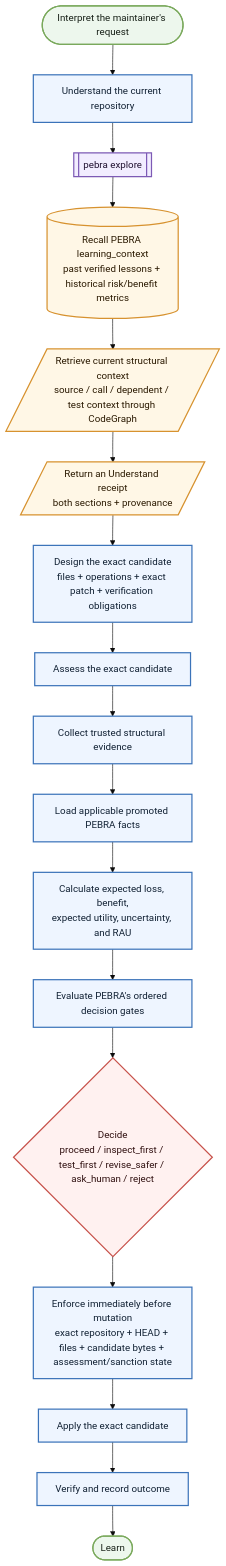
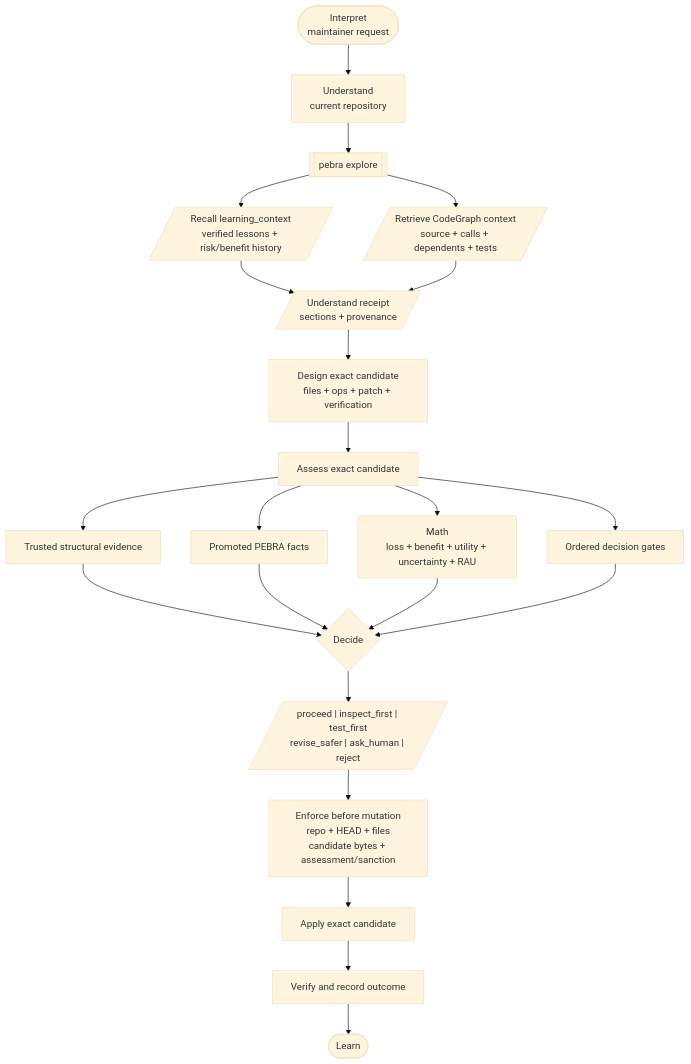
Before and after one commit to Rajioba1/pebra: the diagram in README.md, drawn with Mermaid (base theme). The commit also changed other lines of this file, not shown here.

Commit message:
docs: simplify product model flowchart

````diff
--- a/README.md
+++ b/README.md
@@ -96,36 +96,31 @@
 ```mermaid
 flowchart TB
-    A([Interpret the maintainer's request])
-    B[Understand the current repository]
-    X0[[pebra explore]]
-    X1[(Recall PEBRA learning_context<br/>past verified lessons + historical risk/benefit metrics)]
-    X2[/Retrieve current structural context<br/>source / call / dependent / test context through CodeGraph/]
-    X3[/Return an Understand receipt<br/>both sections + provenance/]
-    C[Design the exact candidate<br/>files + operations + exact patch + verification obligations]
-    D[Assess the exact candidate]
-    S1[Collect trusted structural evidence]
-    S2[Load applicable promoted PEBRA facts]
-    S3[Calculate expected loss, benefit,<br/>expected utility, uncertainty, and RAU]
-    S4[Evaluate PEBRA's ordered decision gates]
-    E{Decide<br/>proceed / inspect_first / test_first / revise_safer / ask_human / reject}
-    F[Enforce immediately before mutation<br/>exact repository + HEAD + files + candidate bytes + assessment/sanction state]
-    G[Apply the exact candidate]
+    A([Interpret<br/>maintainer request])
+    B[Understand<br/>current repository]
+    X[[pebra explore]]
+    R[/Recall learning_context<br/>verified lessons + risk/benefit history/]
+    Cg[/Retrieve CodeGraph context<br/>source + calls + dependents + tests/]
+    U[/Understand receipt<br/>sections + provenance/]
+    D[Design exact candidate<br/>files + ops + patch + verification]
+    As[Assess exact candidate]
+    S1[Trusted structural evidence]
+    S2[Promoted PEBRA facts]
+    S3[Math<br/>loss + benefit + utility + uncertainty + RAU]
+    S4[Ordered decision gates]
+    E{Decide}
+    O[/proceed | inspect_first | test_first<br/>revise_safer | ask_human | reject/]
+    F[Enforce before mutation<br/>repo + HEAD + files<br/>candidate bytes + assessment/sanction]
+    G[Apply exact candidate]
     H[Verify and record outcome]
     I([Learn])
 
-    A --> B --> X0 --> X1 --> X2 --> X3 --> C --> D
-    D --> S1 --> S2 --> S3 --> S4 --> E
-    E --> F --> G --> H --> I
-
-    classDef terminator fill:#edf7ed,stroke:#7aa95c,stroke-width:2px,color:#172017
-    classDef process fill:#eef5ff,stroke:#3b73b9,stroke-width:2px,color:#102033
-    classDef data fill:#fff7e6,stroke:#d7922f,stroke-width:2px,color:#2a1900
-    classDef decision fill:#fff1f0,stroke:#c7514a,stroke-width:2px,color:#301010
-    classDef command fill:#f2edff,stroke:#7d5ab5,stroke-width:2px,color:#201030
-
-    class A,I terminator
-    class B,C,D,F,G,H,S1,S2,S3,S4 process
-    class X1,X2,X3 data
-    class E decision
-    class X0 command
+    A --> B --> X
+    X --> R --> U
+    X --> Cg --> U
+    U --> D --> As
+    As --> S1 --> E
+    As --> S2 --> E
+    As --> S3 --> E
+    As --> S4 --> E
+    E --> O --> F --> G --> H --> I
 ```
````
